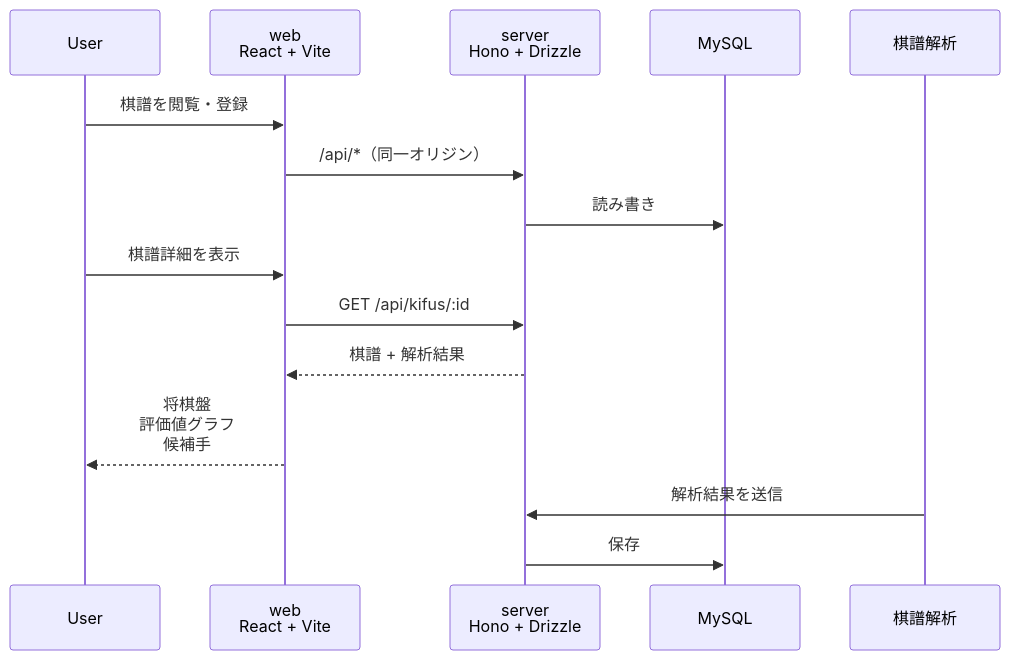
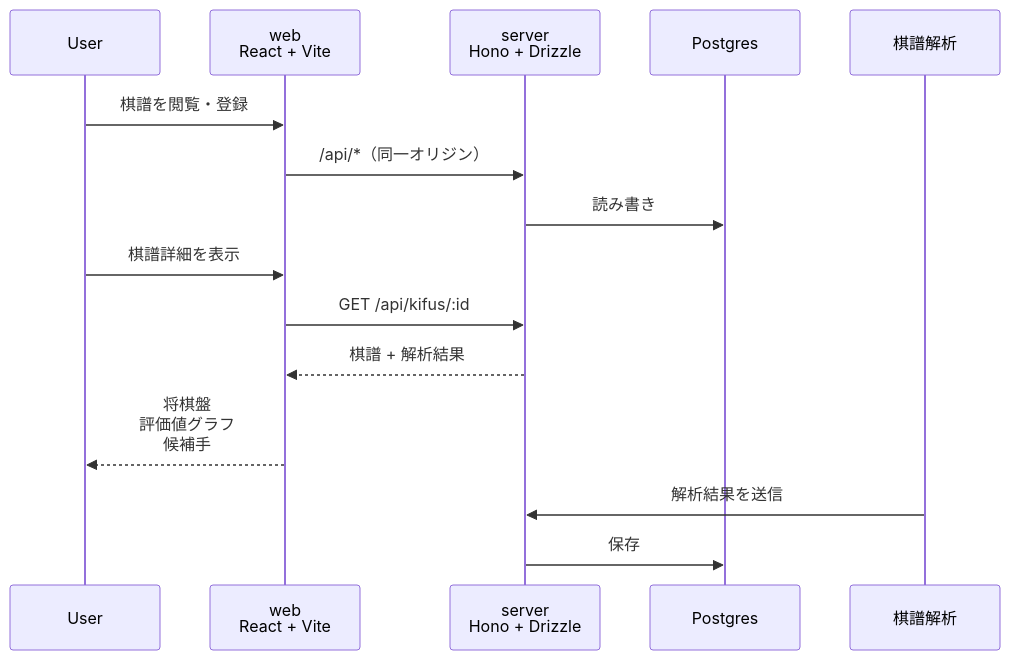
One commit to Daiius/seseraki changed the first of 2 diagrams in README.md. Above: the diagram before and after it, drawn with Mermaid. The commit also changed other lines of this file and 84 other files, not shown here.

````diff
--- a/README.md
+++ b/README.md
@@ -13,20 +13,20 @@
 ```mermaid
 sequenceDiagram
     participant U as User
     participant W as web<br/>React + Vite
     participant S as server<br/>Hono + Drizzle
-    participant DB as MySQL
+    participant DB as Postgres
     participant WK as 棋譜解析
 
     U->>W: 棋譜を閲覧・登録
     W->>S: /api/*（同一オリジン）
     S->>DB: 読み書き
 
     U->>W: 棋譜詳細を表示
     W->>S: GET /api/kifus/:id
     S-->>W: 棋譜 + 解析結果
     W-->>U: 将棋盤<br>評価値グラフ<br>候補手
 
     WK->>S: 解析結果を送信
     S->>DB: 保存
 ```
````
